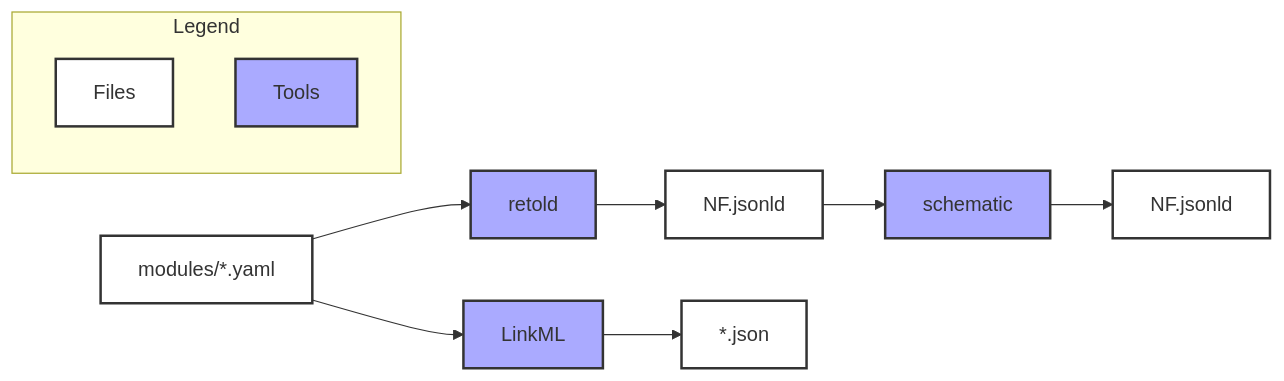
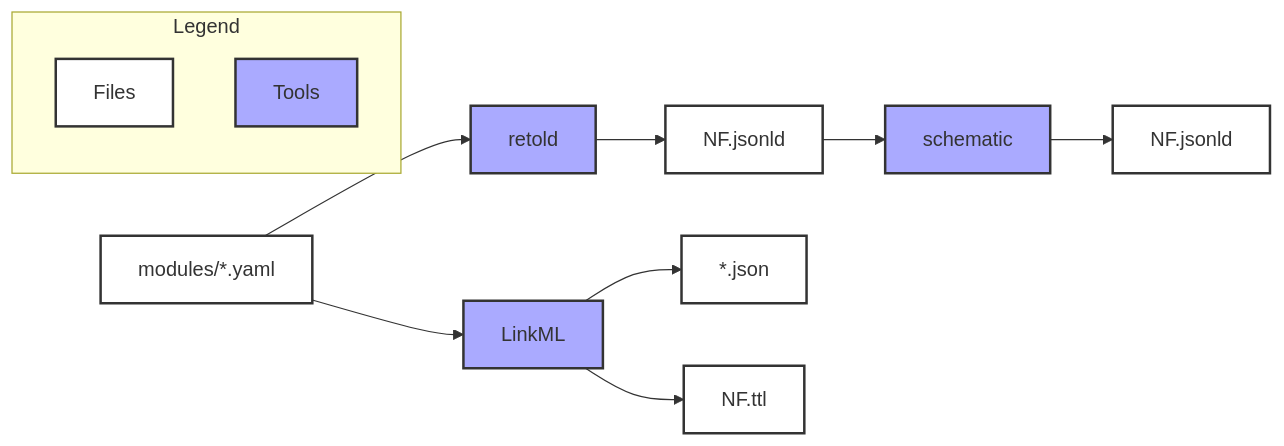
The diagram in README.md (nf-osi/nf-metadata-dictionary), drawn with Mermaid before and after one commit. The commit also changed other lines of this file, not shown here.

````diff
--- a/README.md
+++ b/README.md
@@ -25,27 +25,29 @@
 ```mermaid
 graph LR
     A[modules/*.yaml] --> B[retold]
     B --> C[NF.jsonld]
     C --> D[schematic]
     D --> E[NF.jsonld]
     A --> L[LinkML]
     L --> J[*.json]
+    L --> T[NF.ttl]
 
 class B,D tools
     
     %% Legend
     subgraph Legend
         G[Files]
         H[Tools]
     end
 
 style A fill:white,stroke:#333,stroke-width:2px;
 style C fill:white,stroke:#333,stroke-width:2px;
 style E fill:white,stroke:#333,stroke-width:2px;
 style G fill:white,stroke:#333,stroke-width:2px;
 style J fill:white,stroke:#333,stroke-width:2px;
+style T fill:white,stroke:#333,stroke-width:2px;
 style B fill:#aaf,stroke:#333,stroke-width:2px
 style D fill:#aaf,stroke:#333,stroke-width:2px
 style H fill:#aaf,stroke:#333,stroke-width:2px
 style L fill:#aaf,stroke:#333,stroke-width:2px
 ```
````
